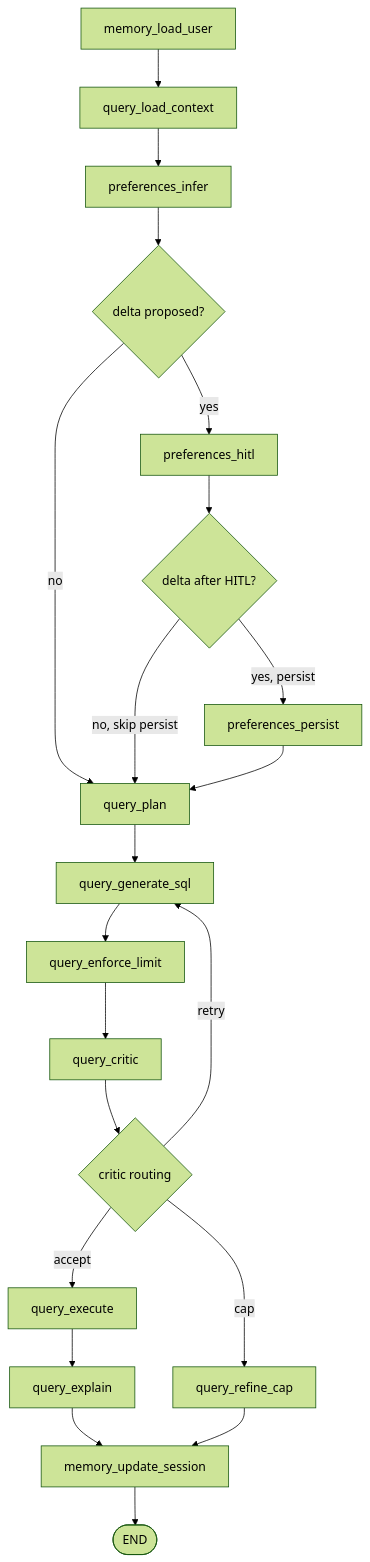
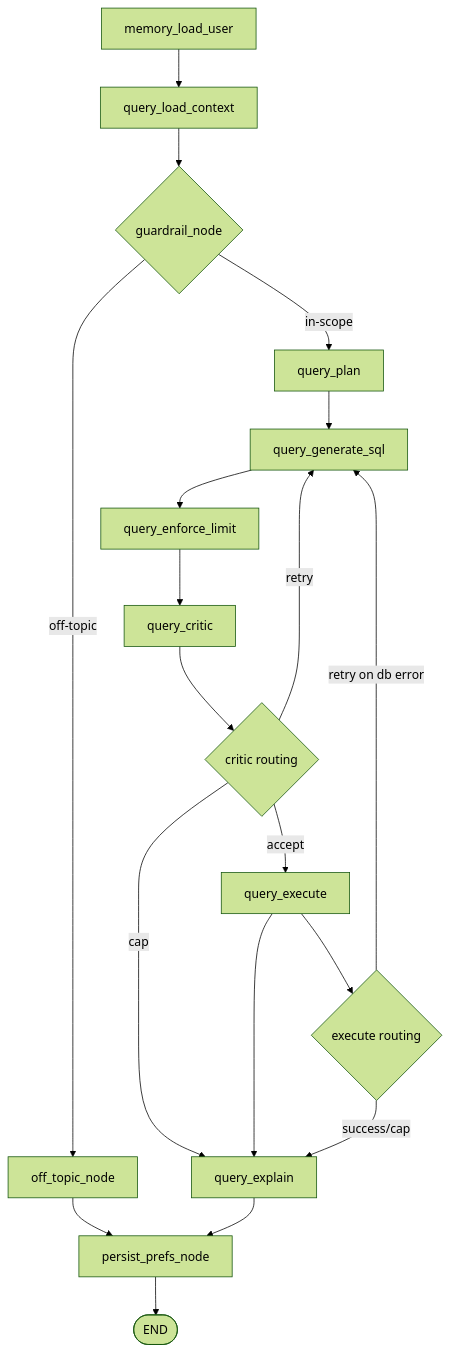
Before and after one commit to lgonzalezrouco/db_multiagent_system: the second of 2 diagrams in README.md, drawn with Mermaid (forest theme). The commit also changed other lines of this file and 43 other files, not shown here.

First line of the commit message:
feat: enhance query handling with guardrail for topic classification (#14)

````diff
--- a/README.md
+++ b/README.md
@@ -228,27 +238,25 @@
 ```mermaid
 flowchart TD
     ML[memory_load_user]
     QLC[query_load_context]
-    PINF[preferences_infer]
-    ML --> QLC --> PINF
-    PINF --> D1{delta proposed?}
-    D1 -->|yes| PH[preferences_hitl]
-    D1 -->|no| QP[query_plan]
-    PH --> D2{delta after HITL?}
-    D2 -->|yes, persist| PP[preferences_persist]
-    D2 -->|no, skip persist| QP
-    PP --> QP
+    GR{guardrail_node}
+    OffTopic[off_topic_node]
+    PP[persist_prefs_node]
+    ML --> QLC --> GR
+    GR -->|off-topic| OffTopic --> PP
+    GR -->|in-scope| QP[query_plan]
     QGS[query_generate_sql]
     QEL[query_enforce_limit]
     QC[query_critic]
     QP --> QGS --> QEL --> QC
     QC --> D3{critic routing}
     D3 -->|accept| QX[query_execute]
     D3 -->|retry| QGS
-    D3 -->|cap| QRC[query_refine_cap]
+    D3 -->|cap| QE[query_explain]
     QX --> QE[query_explain]
-    MUS[memory_update_session]
-    QE --> MUS
-    QRC --> MUS
-    MUS --> graphEnd([END])
+    QX --> D4{execute routing}
+    D4 -->|retry on db error| QGS
+    D4 -->|success/cap| QE
+    QE --> PP
+    PP --> graphEnd([END])
 ```
````
